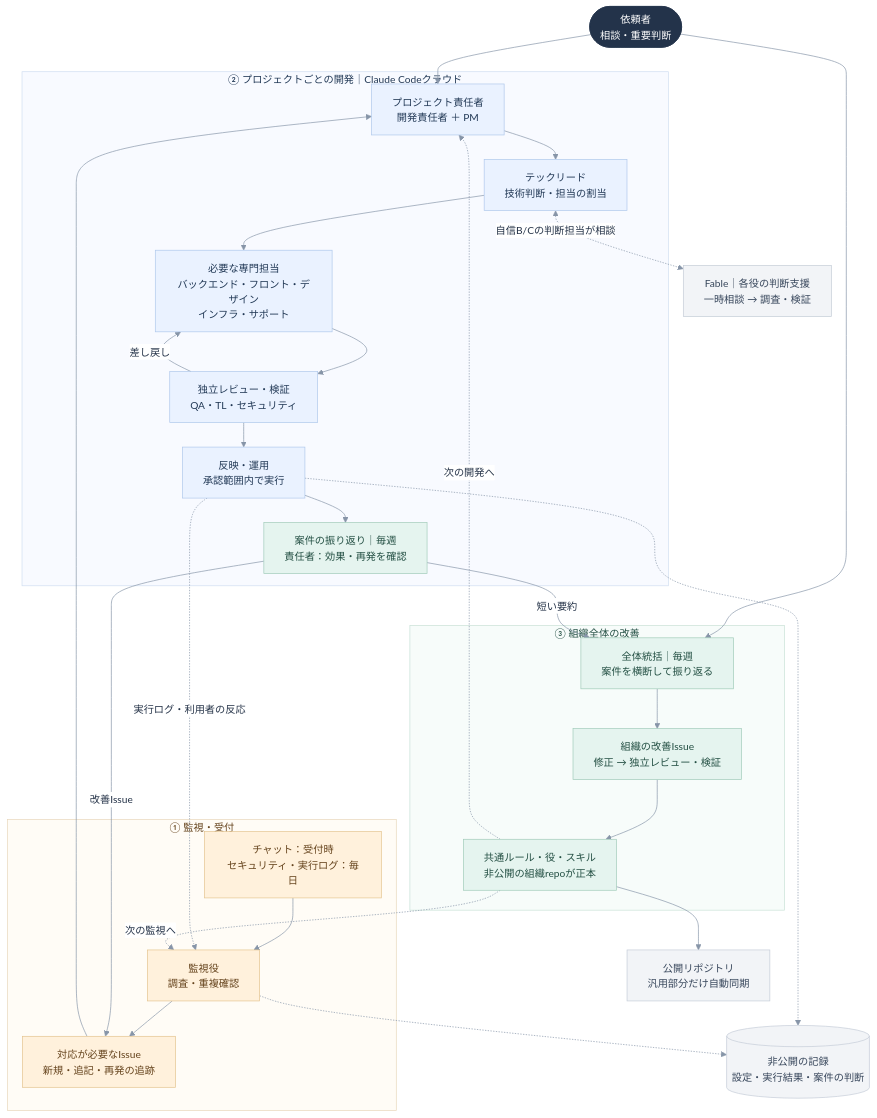
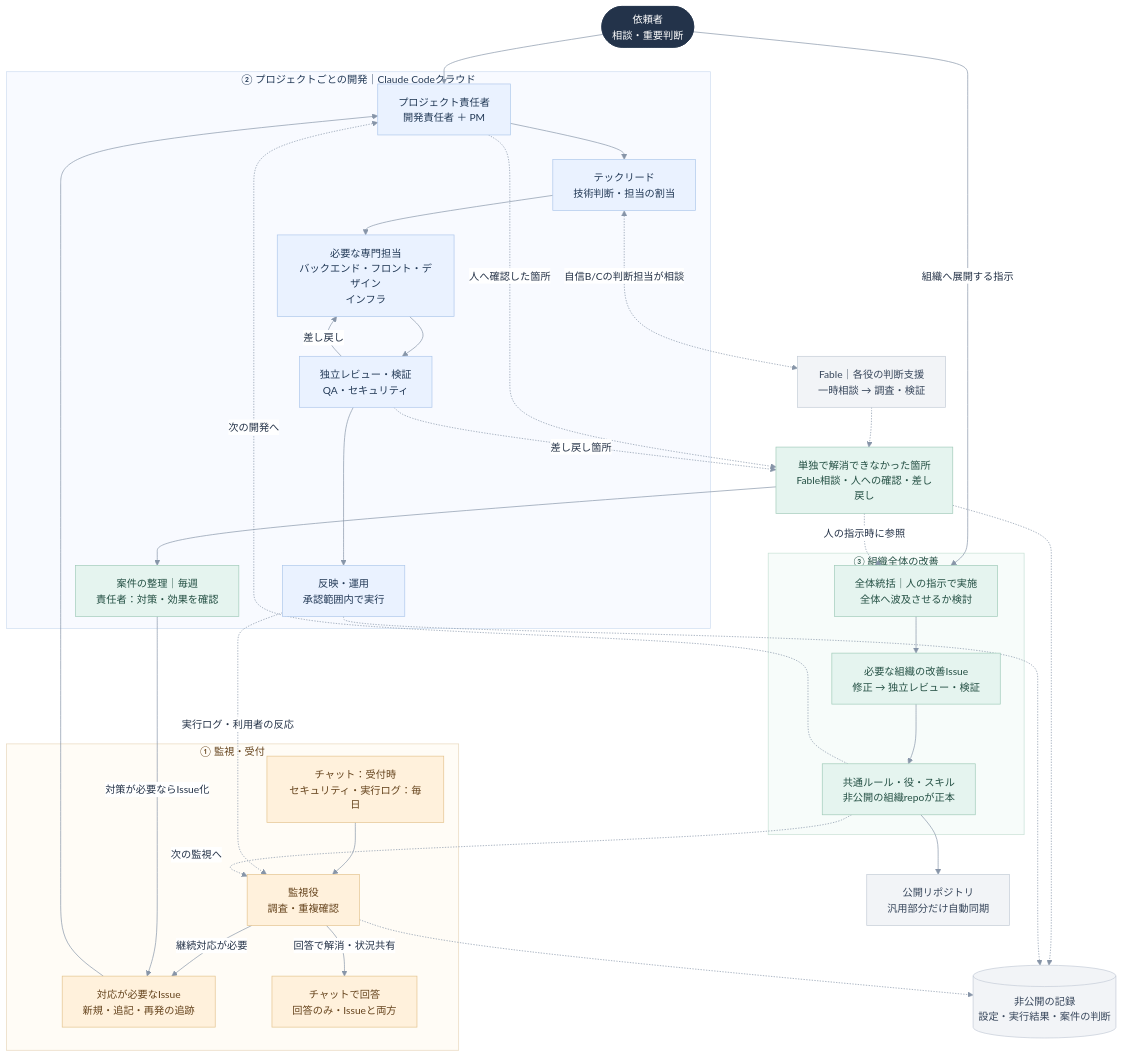
The diagram in 組織/組織図.md (yufyaj/engineer-org-public), drawn with Mermaid before and after one commit. The commit also changed other lines of this file and 19 other files, not shown here.

````diff
--- a/組織/組織図.md
+++ b/組織/組織図.md
@@ -3,61 +3,69 @@
 ```mermaid
 %%{init: {'theme': 'base', 'themeVariables': {'fontFamily': 'sans-serif', 'fontSize': '15px', 'primaryTextColor': '#243247', 'lineColor': '#8795a8', 'edgeLabelBackground': '#ffffff'}, 'flowchart': {'curve': 'basis', 'nodeSpacing': 24, 'rankSpacing': 36}}}%%
 flowchart TB
     USER(["依頼者<br/>相談・重要判断"])
 
     subgraph MONITOR["① 監視・受付"]
         INPUT["チャット：受付時<br/>セキュリティ・実行ログ：毎日"]
         WATCH["監視役<br/>調査・重複確認"]
         ISSUE["対応が必要なIssue<br/>新規・追記・再発の追跡"]
-        INPUT --> WATCH --> ISSUE
+        REPLY["チャットで回答<br/>回答のみ・Issueと両方"]
+        INPUT --> WATCH -->|継続対応が必要| ISSUE
+        WATCH -->|回答で解消・状況共有| REPLY
     end
 
     subgraph PROJECT["② プロジェクトごとの開発｜Claude Codeクラウド"]
         OWNER["プロジェクト責任者<br/>開発責任者 ＋ PM"]
         TL["テックリード<br/>技術判断・担当の割当"]
-        TEAM["必要な専門担当<br/>バックエンド・フロント・デザイン<br/>インフラ・サポート"]
-        REVIEW["独立レビュー・検証<br/>QA・TL・セキュリティ"]
+        TEAM["必要な専門担当<br/>バックエンド・フロント・デザイン<br/>インフラ"]
+        REVIEW["独立レビュー・検証<br/>QA・セキュリティ"]
         RESULT["反映・運用<br/>承認範囲内で実行"]
-        RETRO["案件の振り返り｜毎週<br/>責任者：効果・再発を確認"]
-        OWNER --> TL --> TEAM --> REVIEW --> RESULT --> RETRO
+        RETRO["案件の整理｜毎週<br/>責任者：対策・効果を確認"]
+        OWNER --> TL --> TEAM --> REVIEW --> RESULT
         REVIEW -->|差し戻し| TEAM
     end
 
     subgraph ORG["③ 組織全体の改善"]
-        LEAD["全体統括｜毎週<br/>案件を横断して振り返る"]
-        IMPROVE["組織の改善Issue<br/>修正 → 独立レビュー・検証"]
+        LEAD["全体統括｜人の指示で実施<br/>全体へ波及させるか検討"]
+        IMPROVE["必要な組織の改善Issue<br/>修正 → 独立レビュー・検証"]
         RULES["共通ルール・役・スキル<br/>非公開の組織repoが正本"]
         LEAD --> IMPROVE --> RULES
     end
 
+    FEEDBACK["単独で解消できなかった箇所<br/>Fable相談・人への確認・差し戻し"]
     FABLE["Fable｜各役の判断支援<br/>一時相談 → 調査・検証"]
     RECORDS[("非公開の記録<br/>設定・実行結果・案件の判断")]
     PUBLIC["公開リポジトリ<br/>汎用部分だけ自動同期"]
 
     USER --> OWNER
-    USER --> LEAD
+    USER -->|組織へ展開する指示| LEAD
     ISSUE --> OWNER
     RESULT -.->|実行ログ・利用者の反応| WATCH
-    RETRO -->|改善Issue| ISSUE
-    RETRO -->|短い要約| LEAD
+    FABLE -.-> FEEDBACK
+    OWNER -.->|人へ確認した箇所| FEEDBACK
+    REVIEW -.->|差し戻し箇所| FEEDBACK
+    FEEDBACK --> RETRO
+    RETRO -->|対策が必要ならIssue化| ISSUE
+    FEEDBACK -.->|人の指示時に参照| LEAD
     RULES -.->|次の開発へ| OWNER
     RULES -.->|次の監視へ| WATCH
     TL <-.->|自信B/Cの判断担当が相談| FABLE
+    FEEDBACK -.-> RECORDS
     RESULT -.-> RECORDS
     WATCH -.-> RECORDS
     RULES --> PUBLIC
 
     classDef person fill:#23334a,color:#ffffff,stroke:#23334a;
     classDef development fill:#eaf2ff,color:#223956,stroke:#aec7eb;
     classDef monitoring fill:#fff1dc,color:#65431c,stroke:#e4c38e;
     classDef improvement fill:#e5f4ef,color:#234f43,stroke:#a0cbb9;
     classDef neutral fill:#f2f4f7,color:#37465b,stroke:#c4ccd7;
     class USER person;
     class OWNER,TL,TEAM,REVIEW,RESULT development;
-    class INPUT,WATCH,ISSUE monitoring;
-    class RETRO,LEAD,IMPROVE,RULES improvement;
+    class INPUT,WATCH,ISSUE,REPLY monitoring;
+    class FEEDBACK,RETRO,LEAD,IMPROVE,RULES improvement;
     class FABLE,RECORDS,PUBLIC neutral;
     style MONITOR fill:#fffcf6,stroke:#e8d7bb,color:#65431c
     style PROJECT fill:#f8faff,stroke:#cfddf0,color:#223956
     style ORG fill:#f7fcfa,stroke:#c7e0d5,color:#234f43
 ```
````
